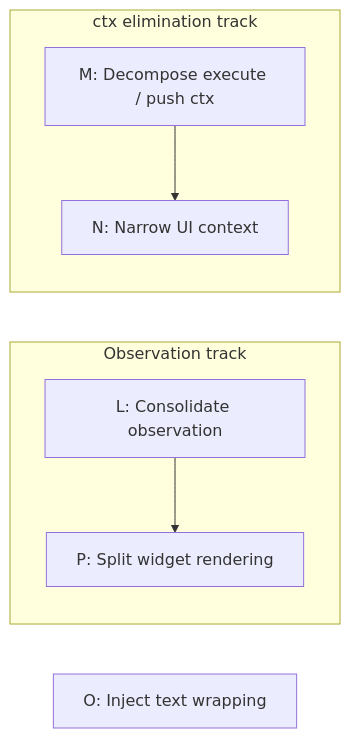
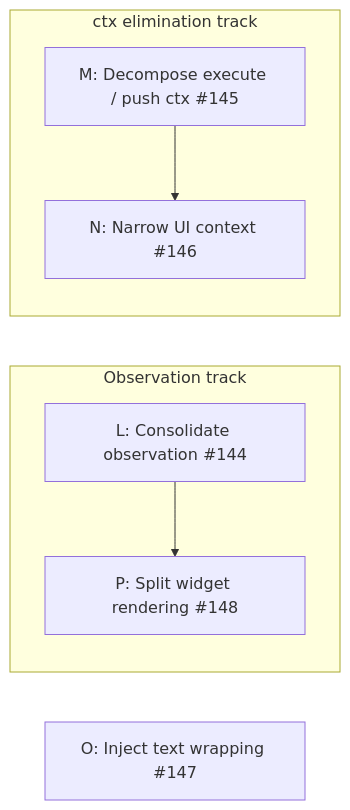
Before and after one commit to ttdua/pi-subagents: the fourth of 4 diagrams in docs/architecture/architecture.md, drawn with Mermaid. The commit also changed other lines of this file, not shown here.

````diff
--- a/docs/architecture/architecture.md
+++ b/docs/architecture/architecture.md
@@ -716,10 +717,10 @@
 ```mermaid
 flowchart LR
     subgraph observation["Observation track"]
-        L["L: Consolidate observation"] --> P["P: Split widget rendering"]
+        L["L: Consolidate observation #144"] --> P["P: Split widget rendering #148"]
     end
     subgraph ctx["ctx elimination track"]
-        M["M: Decompose execute / push ctx"] --> N["N: Narrow UI context"]
+        M["M: Decompose execute / push ctx #145"] --> N["N: Narrow UI context #146"]
     end
-    O["O: Inject text wrapping"]
+    O["O: Inject text wrapping #147"]
 ```
````
